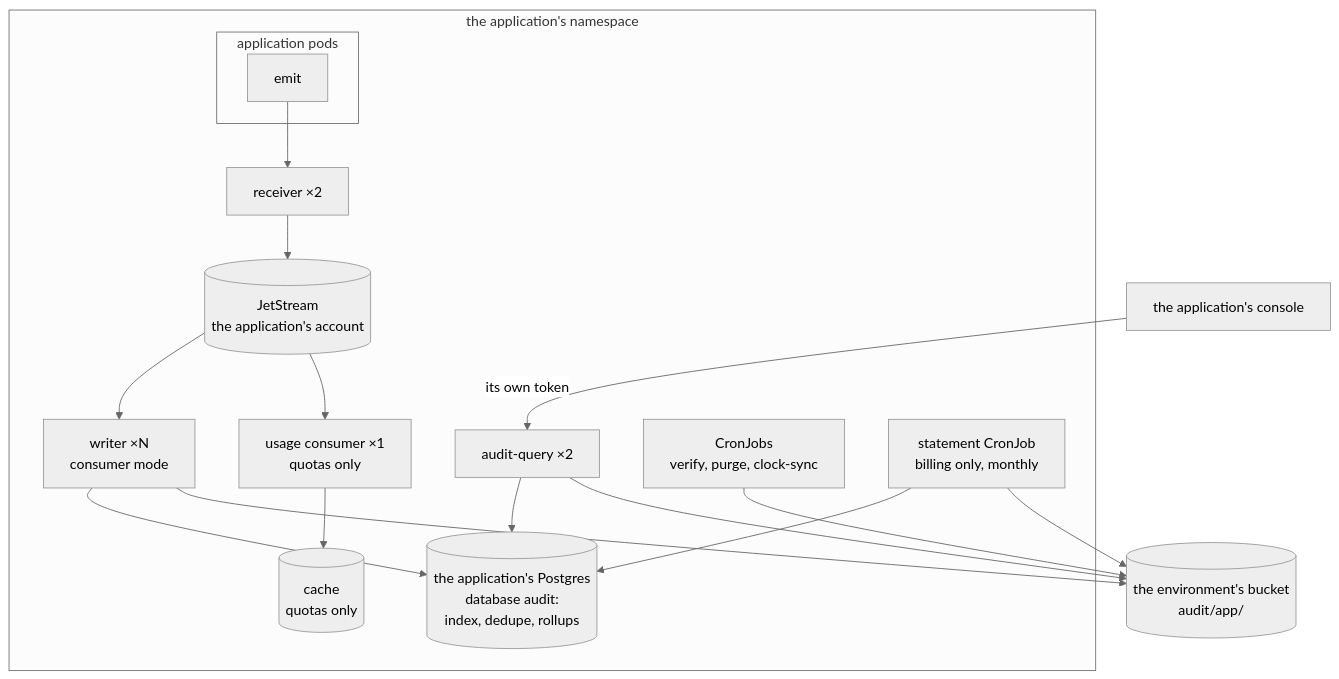
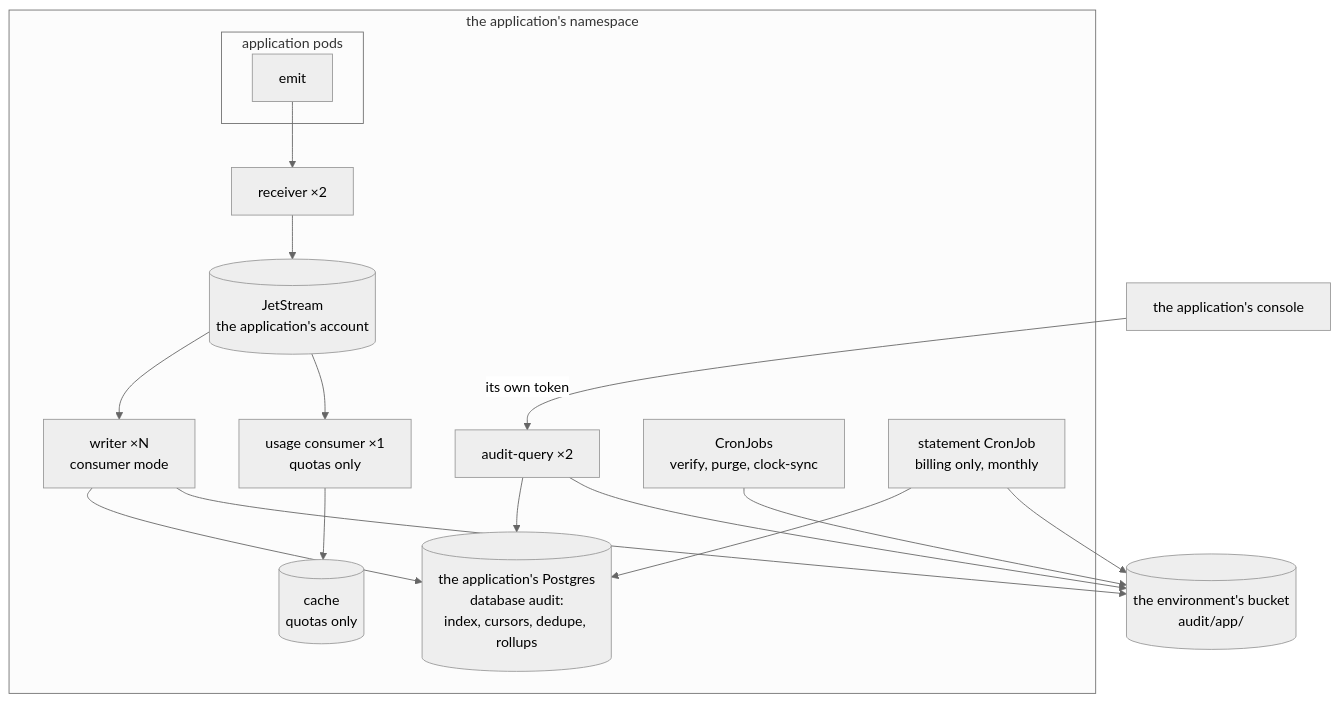
The first of 2 diagrams in docs/deployment/stream.md (truvity/audit), drawn with Mermaid (neutral theme) before and after one commit. The commit also changed other lines of this file and 106 other files, not shown here.

````diff
--- a/docs/deployment/stream.md
+++ b/docs/deployment/stream.md
@@ -14,28 +14,28 @@
 ```mermaid
 flowchart TB
   subgraph ns["the application's namespace"]
     subgraph APP["application pods"]
       E["emit"]
     end
     R["receiver ×2"]
     NATS[("JetStream<br/>the application's account")]
     W["writer ×N<br/>consumer mode"]
     U["usage consumer ×1<br/>quotas only"]
     Q["audit-query ×2"]
-    PG[("the application's Postgres<br/>database audit:<br/>index, dedupe, rollups")]
+    PG[("the application's Postgres<br/>database audit:<br/>index, cursors, dedupe, rollups")]
     VK[("cache<br/>quotas only")]
     CJ["CronJobs<br/>verify, purge, clock-sync"]
     ST["statement CronJob<br/>billing only, monthly"]
     E --> R --> NATS
     NATS --> W --> PG
     NATS --> U --> VK
     Q --> PG
     ST --> PG
   end
   S3[("the environment's bucket<br/>audit/app/")]
   W --> S3
   Q --> S3
   CJ --> S3
   ST --> S3
   CONS["the application's console"] -- "its own token" --> Q
 ```
````
